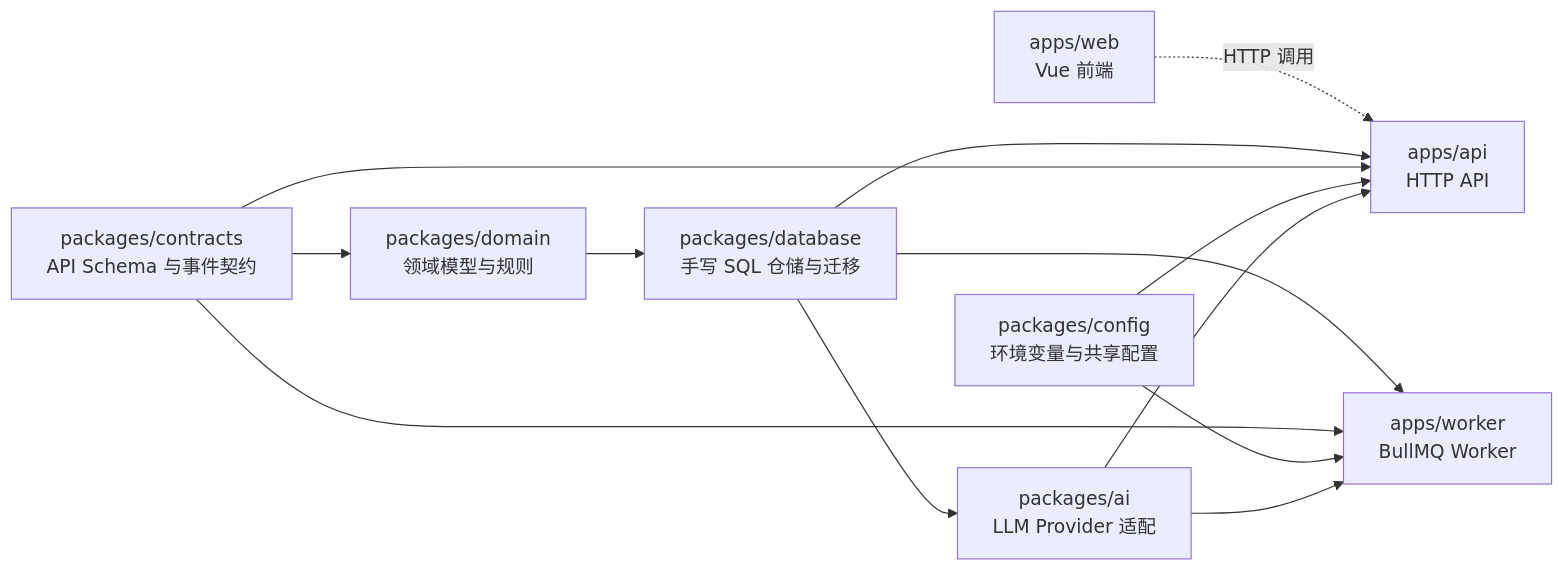
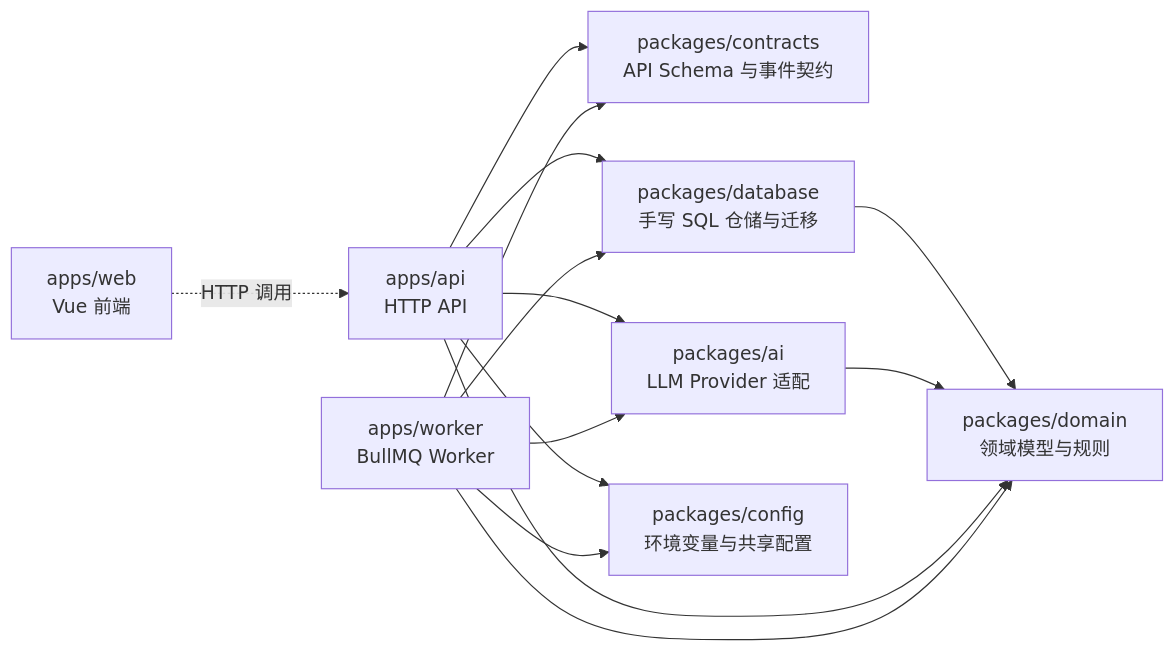
The second of 3 diagrams in docs/architecture.md (lark-x/GameStart), drawn with Mermaid before and after one commit. The commit also changed 10 other files, not shown here.

````diff
--- a/docs/architecture.md
+++ b/docs/architecture.md
@@ -74,25 +74,27 @@
 ```mermaid
 graph LR
     contracts["packages/contracts\nAPI Schema 与事件契约"]
     domain["packages/domain\n领域模型与规则"]
     database["packages/database\n手写 SQL 仓储与迁移"]
     ai["packages/ai\nLLM Provider 适配"]
     config["packages/config\n环境变量与共享配置"]
     api["apps/api\nHTTP API"]
     worker["apps/worker\nBullMQ Worker"]
     web["apps/web\nVue 前端"]
 
-    contracts --> domain
-    domain --> database
-    database --> ai
-    ai --> api
-    ai --> worker
-    config --> api
-    config --> worker
-    contracts --> api
-    contracts --> worker
-    database --> api
-    database --> worker
+    %% 箭头方向: A --> B 表示 A 依赖 B
+    database --> domain
+    ai --> domain
+    api --> contracts
+    api --> domain
+    api --> database
+    api --> ai
+    worker --> contracts
+    worker --> domain
+    worker --> database
+    worker --> ai
+    api --> config
+    worker --> config
 
     web -.->|"HTTP 调用"| api
 ```
````
